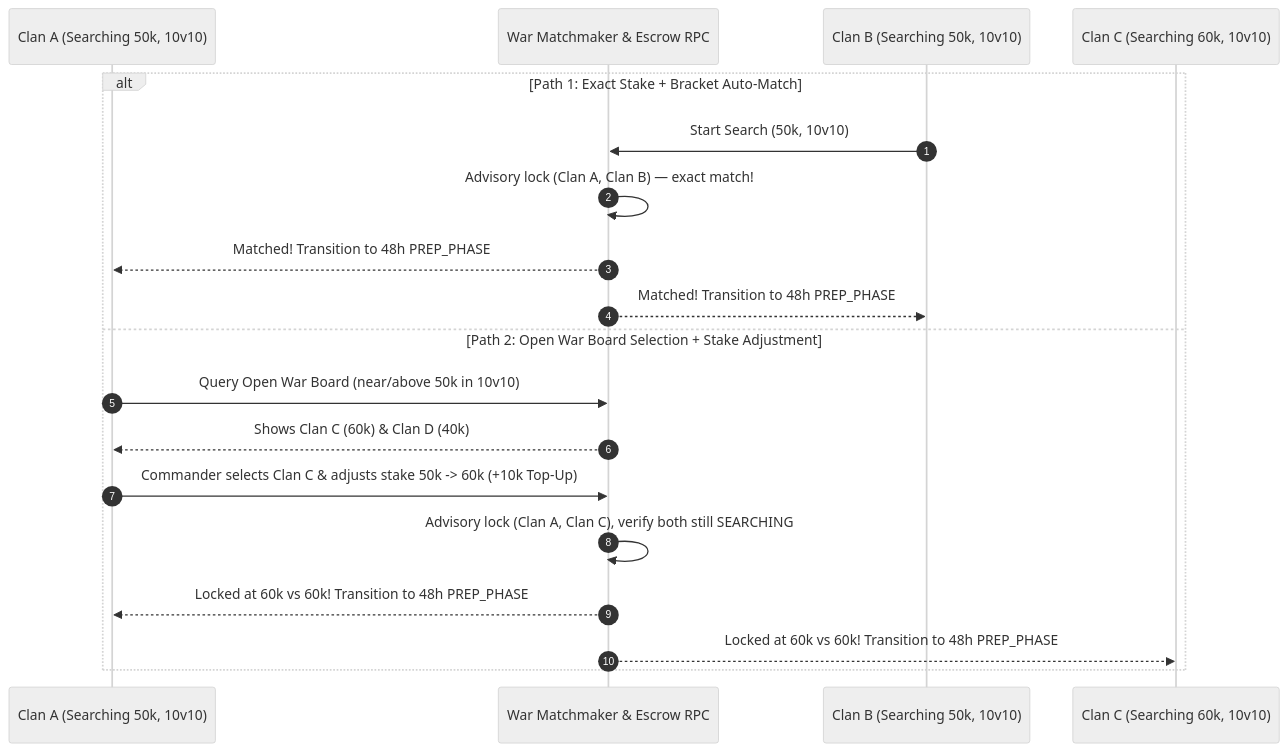
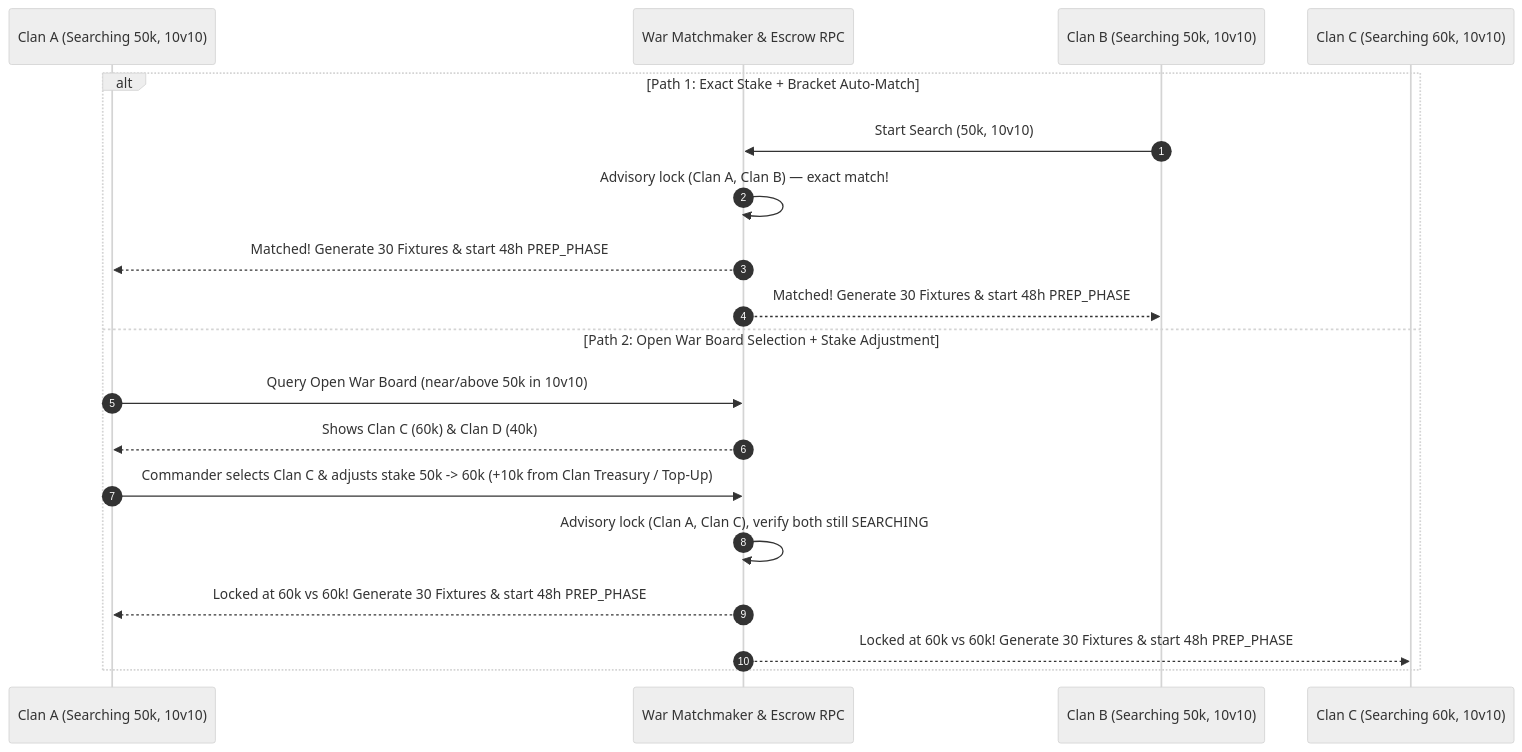
One commit to mrongSubho/ludo-base changed the third of 10 diagrams in docs/planning/CLAN_SYSTEM_PLAN.md. Above: the diagram before and after it, drawn with Mermaid (neutral theme). The commit also changed other lines of this file, not shown here.

Commit message:
docs(planning): war fixtures (3N matrix), prep scheduling, reschedules, walkovers, pull claims, 80/20 leader splitter & clan treasury

````diff
--- a/docs/planning/CLAN_SYSTEM_PLAN.md
+++ b/docs/planning/CLAN_SYSTEM_PLAN.md
@@ -335,22 +336,22 @@
 ```mermaid
 sequenceDiagram
     autonumber
     participant CA as Clan A (Searching 50k, 10v10)
     participant Engine as War Matchmaker & Escrow RPC
     participant CB as Clan B (Searching 50k, 10v10)
     participant CC as Clan C (Searching 60k, 10v10)
 
     alt Path 1: Exact Stake + Bracket Auto-Match
         CB->>Engine: Start Search (50k, 10v10)
         Engine->>Engine: Advisory lock (Clan A, Clan B) — exact match!
-        Engine-->>CA: Matched! Transition to 48h PREP_PHASE
-        Engine-->>CB: Matched! Transition to 48h PREP_PHASE
+        Engine-->>CA: Matched! Generate 30 Fixtures & start 48h PREP_PHASE
+        Engine-->>CB: Matched! Generate 30 Fixtures & start 48h PREP_PHASE
     else Path 2: Open War Board Selection + Stake Adjustment
         CA->>Engine: Query Open War Board (near/above 50k in 10v10)
         Engine-->>CA: Shows Clan C (60k) & Clan D (40k)
-        CA->>Engine: Commander selects Clan C & adjusts stake 50k -> 60k (+10k Top-Up)
+        CA->>Engine: Commander selects Clan C & adjusts stake 50k -> 60k (+10k from Clan Treasury / Top-Up)
         Engine->>Engine: Advisory lock (Clan A, Clan C), verify both still SEARCHING
-        Engine-->>CA: Locked at 60k vs 60k! Transition to 48h PREP_PHASE
-        Engine-->>CC: Locked at 60k vs 60k! Transition to 48h PREP_PHASE
+        Engine-->>CA: Locked at 60k vs 60k! Generate 30 Fixtures & start 48h PREP_PHASE
+        Engine-->>CC: Locked at 60k vs 60k! Generate 30 Fixtures & start 48h PREP_PHASE
     end
 ```
````
